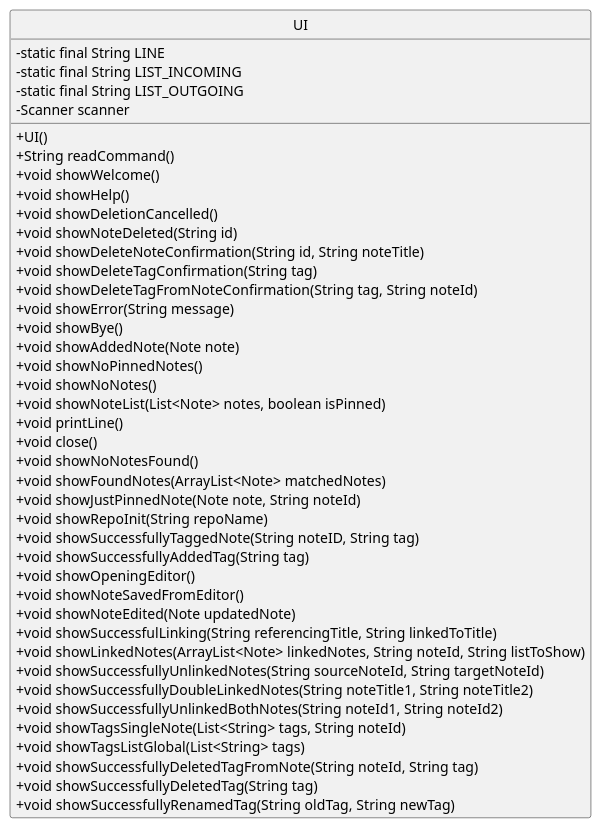
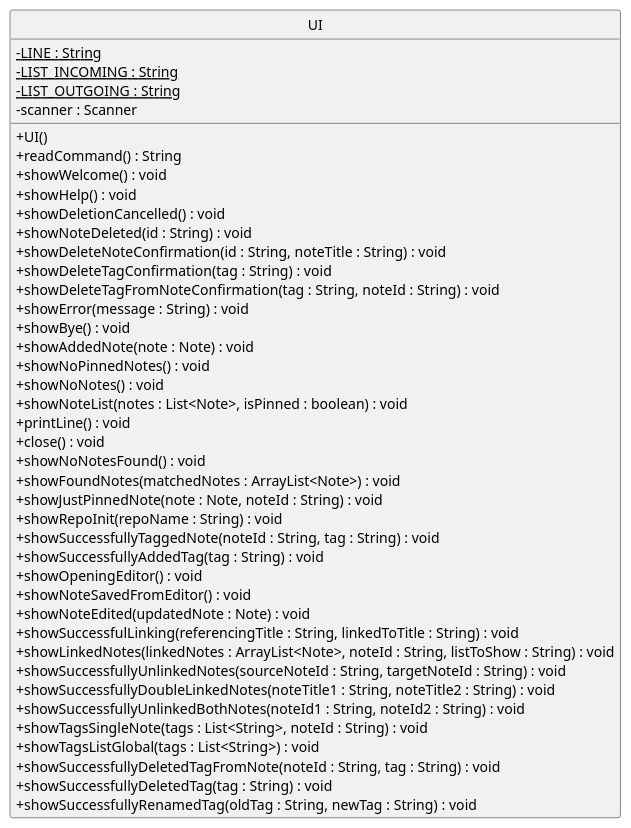
The diagram in docs/diagrams/UiClass.puml (shauntsr/tp), drawn with PlantUML before and after one commit. The commit also changed 11 other files, not shown here.

Commit message:
Update diagrams according to review

```diff
--- a/docs/diagrams/UiClass.puml
+++ b/docs/diagrams/UiClass.puml
@@ -1,47 +1,48 @@
 @startuml UIClass
 skinparam classAttributeIconSize 0
 hide circle
+
 class UI {
-    - static final String LINE
-    - static final String LIST_INCOMING
-    - static final String LIST_OUTGOING
-    - Scanner scanner
+    - {static} LINE : String
+    - {static} LIST_INCOMING : String
+    - {static} LIST_OUTGOING : String
+    - scanner : Scanner
 
     + UI()
-    + String readCommand()
-    + void showWelcome()
-    + void showHelp()
-    + void showDeletionCancelled()
-    + void showNoteDeleted(String id)
-    + void showDeleteNoteConfirmation(String id, String noteTitle)
-    + void showDeleteTagConfirmation(String tag)
-    + void showDeleteTagFromNoteConfirmation(String tag, String noteId)
-    + void showError(String message)
-    + void showBye()
-    + void showAddedNote(Note note)
-    + void showNoPinnedNotes()
-    + void showNoNotes()
-    + void showNoteList(List<Note> notes, boolean isPinned)
-    + void printLine()
-    + void close()
-    + void showNoNotesFound()
-    + void showFoundNotes(ArrayList<Note> matchedNotes)
-    + void showJustPinnedNote(Note note, String noteId)
-    + void showRepoInit(String repoName)
-    + void showSuccessfullyTaggedNote(String noteID, String tag)
-    + void showSuccessfullyAddedTag(String tag)
-    + void showOpeningEditor()
-    + void showNoteSavedFromEditor()
-    + void showNoteEdited(Note updatedNote)
-    + void showSuccessfulLinking(String referencingTitle, String linkedToTitle)
-    + void showLinkedNotes(ArrayList<Note> linkedNotes, String noteId, String listToShow)
-    + void showSuccessfullyUnlinkedNotes(String sourceNoteId, String targetNoteId)
-    + void showSuccessfullyDoubleLinkedNotes(String noteTitle1, String noteTitle2)
-    + void showSuccessfullyUnlinkedBothNotes(String noteId1, String noteId2)
-    + void showTagsSingleNote(List<String> tags, String noteId)
-    + void showTagsListGlobal(List<String> tags)
-    + void showSuccessfullyDeletedTagFromNote(String noteId, String tag)
-    + void showSuccessfullyDeletedTag(String tag)
-    + void showSuccessfullyRenamedTag(String oldTag, String newTag)
+    + readCommand() : String
+    + showWelcome() : void
+    + showHelp() : void
+    + showDeletionCancelled() : void
+    + showNoteDeleted(id : String) : void
+    + showDeleteNoteConfirmation(id : String, noteTitle : String) : void
+    + showDeleteTagConfirmation(tag : String) : void
+    + showDeleteTagFromNoteConfirmation(tag : String, noteId : String) : void
+    + showError(message : String) : void
+    + showBye() : void
+    + showAddedNote(note : Note) : void
+    + showNoPinnedNotes() : void
+    + showNoNotes() : void
+    + showNoteList(notes : List<Note>, isPinned : boolean) : void
+    + printLine() : void
+    + close() : void
+    + showNoNotesFound() : void
+    + showFoundNotes(matchedNotes : ArrayList<Note>) : void
+    + showJustPinnedNote(note : Note, noteId : String) : void
+    + showRepoInit(repoName : String) : void
+    + showSuccessfullyTaggedNote(noteId : String, tag : String) : void
+    + showSuccessfullyAddedTag(tag : String) : void
+    + showOpeningEditor() : void
+    + showNoteSavedFromEditor() : void
+    + showNoteEdited(updatedNote : Note) : void
+    + showSuccessfulLinking(referencingTitle : String, linkedToTitle : String) : void
+    + showLinkedNotes(linkedNotes : ArrayList<Note>, noteId : String, listToShow : String) : void
+    + showSuccessfullyUnlinkedNotes(sourceNoteId : String, targetNoteId : String) : void
+    + showSuccessfullyDoubleLinkedNotes(noteTitle1 : String, noteTitle2 : String) : void
+    + showSuccessfullyUnlinkedBothNotes(noteId1 : String, noteId2 : String) : void
+    + showTagsSingleNote(tags : List<String>, noteId : String) : void
+    + showTagsListGlobal(tags : List<String>) : void
+    + showSuccessfullyDeletedTagFromNote(noteId : String, tag : String) : void
+    + showSuccessfullyDeletedTag(tag : String) : void
+    + showSuccessfullyRenamedTag(oldTag : String, newTag : String) : void
 }
 @enduml
```
